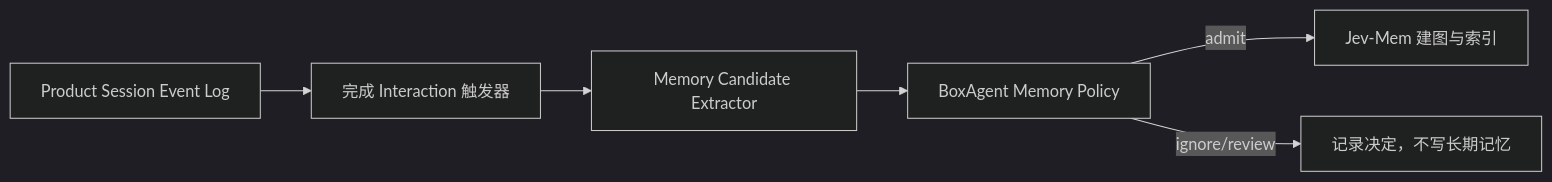
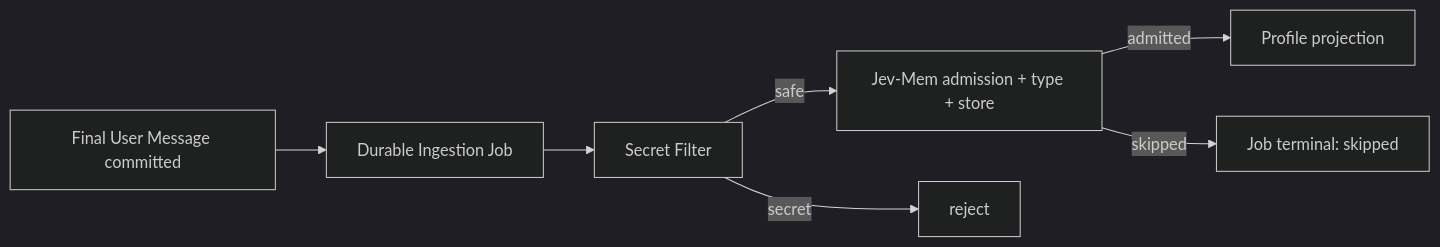
The sixth of 8 diagrams in docs/BoxAgent-Phase3-Conversation-Context-设计.md (kono-dada/BoxAgent), drawn with Mermaid (dark theme) before and after one commit. The commit also changed other lines of this file and 166 other files, not shown here.

````diff
--- a/docs/BoxAgent-Phase3-Conversation-Context-设计.md
+++ b/docs/BoxAgent-Phase3-Conversation-Context-设计.md
@@ -539,8 +539,9 @@
 ```mermaid
 flowchart LR
-    E[Product Session Event Log] --> T[完成 Interaction 触发器]
-    T --> X[Memory Candidate Extractor]
-    X --> P[BoxAgent Memory Policy]
-    P -->|admit| J[Jev-Mem 建图与索引]
-    P -->|ignore/review| R[记录决定，不写长期记忆]
+    E[Final User Message committed] --> D[Durable Ingestion Job]
+    D --> P[Secret Filter]
+    P -->|safe| J[Jev-Mem admission + type + store]
+    P -->|secret| R[reject]
+    J -->|admitted| V[Profile projection]
+    J -->|skipped| S[Job terminal: skipped]
 ```
````
